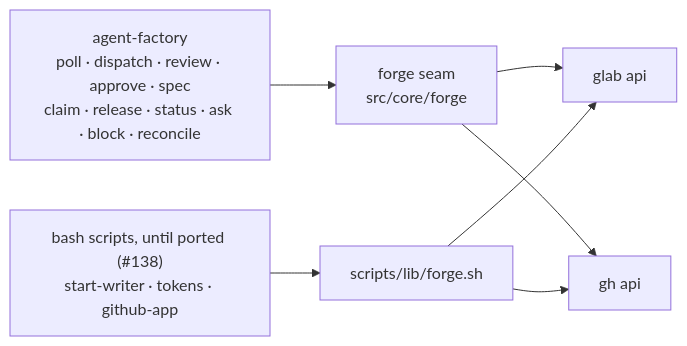
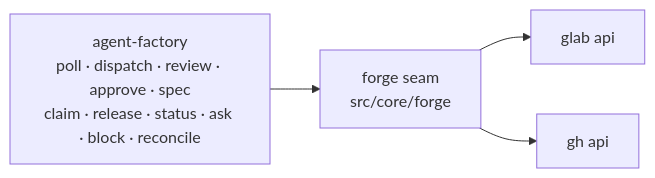
Before and after one commit to chiyanram/agent-factory: the second of 2 diagrams in README.md, drawn with Mermaid. The commit also changed 20 other files, not shown here.

First line of the commit message:
refactor(repo): drop the bash writer path; the dispatcher's writer is the only one (#138)

````diff
--- a/README.md
+++ b/README.md
@@ -80,11 +80,7 @@
 ```mermaid
 flowchart LR
     P["agent-factory<br/>poll · dispatch · review · approve · spec<br/>claim · release · status · ask · block · reconcile"]
     P --> SEAM["forge seam<br/>src/core/forge"]
-    S["bash scripts, until ported (#138)<br/>start-writer · tokens · github-app"]
-    S --> BSEAM["scripts/lib/forge.sh"]
     SEAM --> GL["glab api"]
     SEAM --> GH["gh api"]
-    BSEAM --> GL
-    BSEAM --> GH
 ```
````
